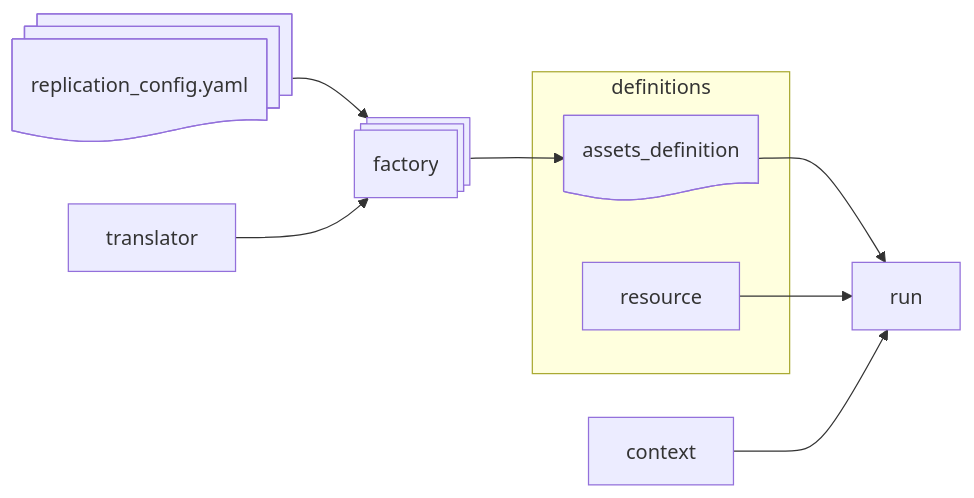
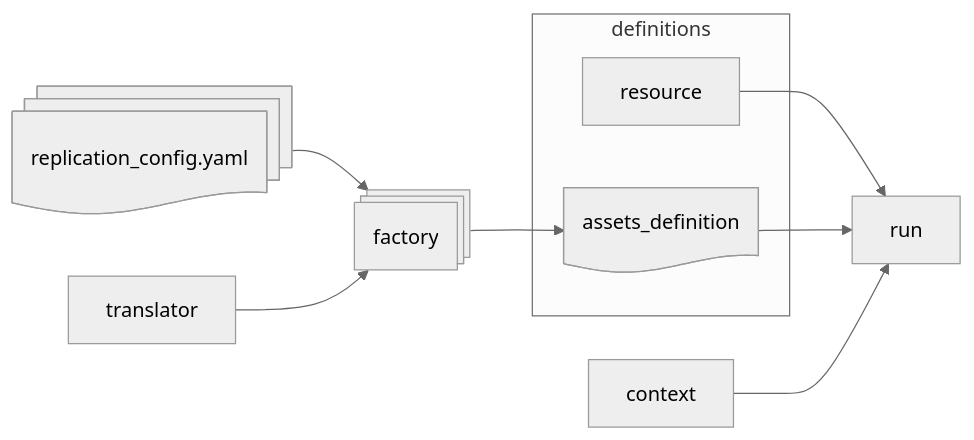
The diagram in docs/docs/Sling.md (seancunningham/dagster-dbt-snowflake), drawn with Mermaid before and after one commit. The commit also changed other lines of this file and 43 other files, not shown here.

````diff
--- a/docs/docs/Sling.md
+++ b/docs/docs/Sling.md
@@ -7,14 +7,24 @@
 ``` mermaid
+---
+config:
+  theme: neutral
+---
 flowchart LR
-replication_config.yaml@{ shape: docs }-->factory
-translator --> factory
-factory@{ shape: procs } --> assets_definition
-    subgraph definitions
-        assets_definition
-        resource
-    end
-context
-assets_definition@{ shape: doc } --> run
-resource --> run
-context --> run
+ subgraph s1["definitions"]
+        n4["assets_definition"]
+        n5["resource"]
+  end
+    n1["replication_config.yaml"] --> n3["factory"]
+    n2["translator"] --> n3
+    n3 --> n4
+    n5 --> n7["run"]
+    n4 --> n7
+    n6["context"] --> n7
+    n4@{ shape: doc}
+    n5@{ shape: proc}
+    n1@{ shape: docs}
+    n3@{ shape: procs}
+    n2@{ shape: rect}
+    n7@{ shape: proc}
+    n6@{ shape: proc}
 ```
````
